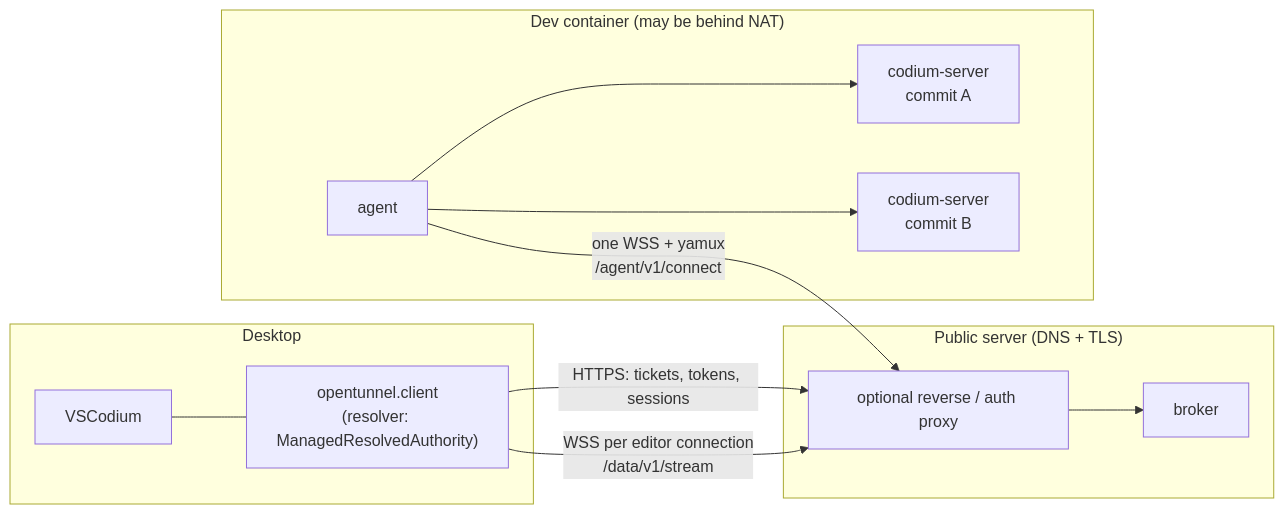
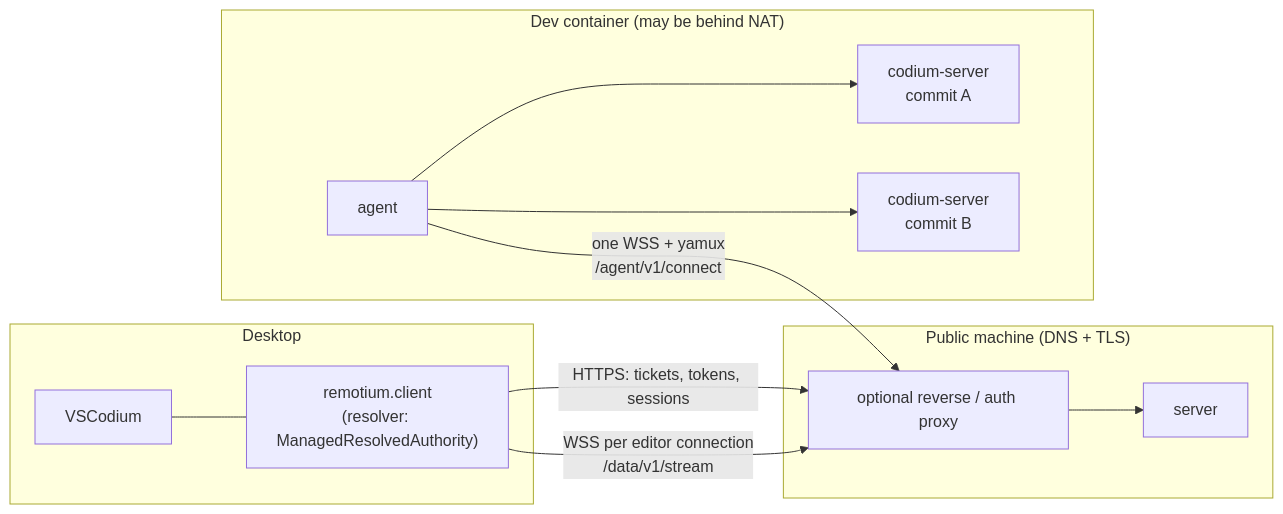
Before and after one commit to bkrrrr/Remotium-: the first of 2 diagrams in docs/architecture.md, drawn with Mermaid. The commit also changed other lines of this file and 61 other files, not shown here.

First line of the commit message:
Rename to Remotium: remotium-client, remotium-server, remotium-agent

````diff
--- a/docs/architecture.md
+++ b/docs/architecture.md
@@ -3,16 +3,16 @@
 ```mermaid
 flowchart LR
   subgraph Desktop
-    E[VSCodium] --- X["opentunnel.client<br/>(resolver: ManagedResolvedAuthority)"]
+    E[VSCodium] --- X["remotium.client<br/>(resolver: ManagedResolvedAuthority)"]
   end
-  subgraph Server["Public server (DNS + TLS)"]
-    P[optional reverse / auth proxy] --> B[broker]
+  subgraph Public["Public machine (DNS + TLS)"]
+    P[optional reverse / auth proxy] --> B[server]
   end
   subgraph DevEnv["Dev container (may be behind NAT)"]
     A[agent] --> R1["codium-server<br/>commit A"]
     A --> R2["codium-server<br/>commit B"]
   end
   X -- "HTTPS: tickets, tokens, sessions" --> P
   X -- "WSS per editor connection<br/>/data/v1/stream" --> P
   A -- "one WSS + yamux<br/>/agent/v1/connect" --> P
 ```
````
